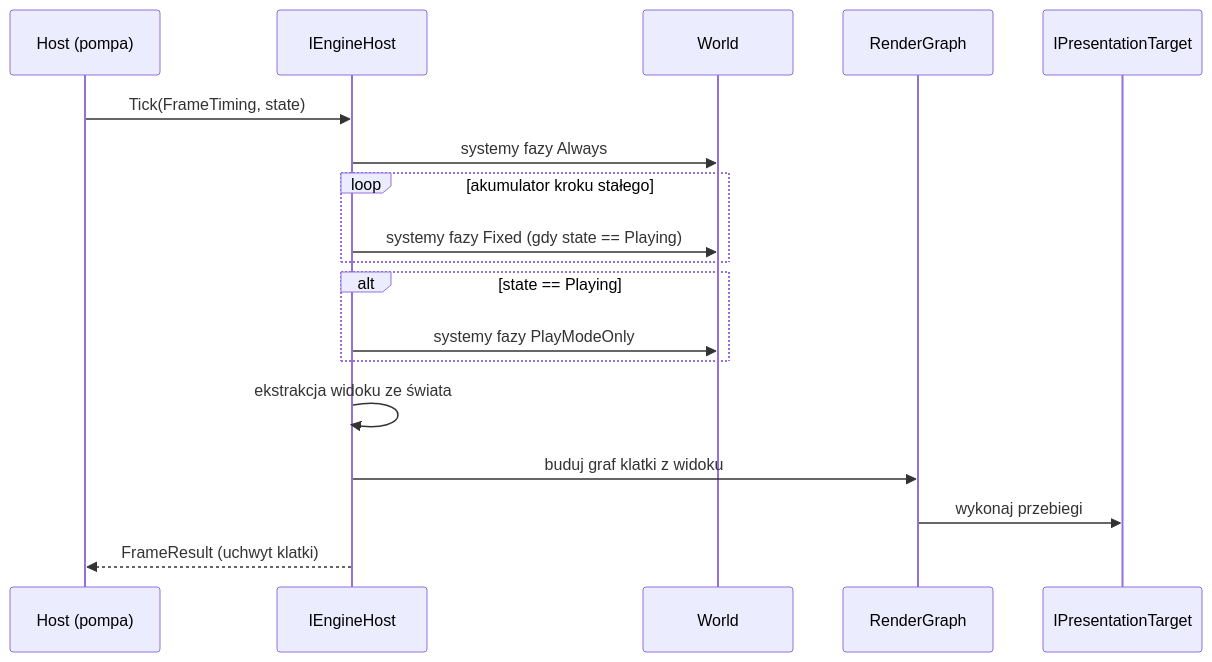
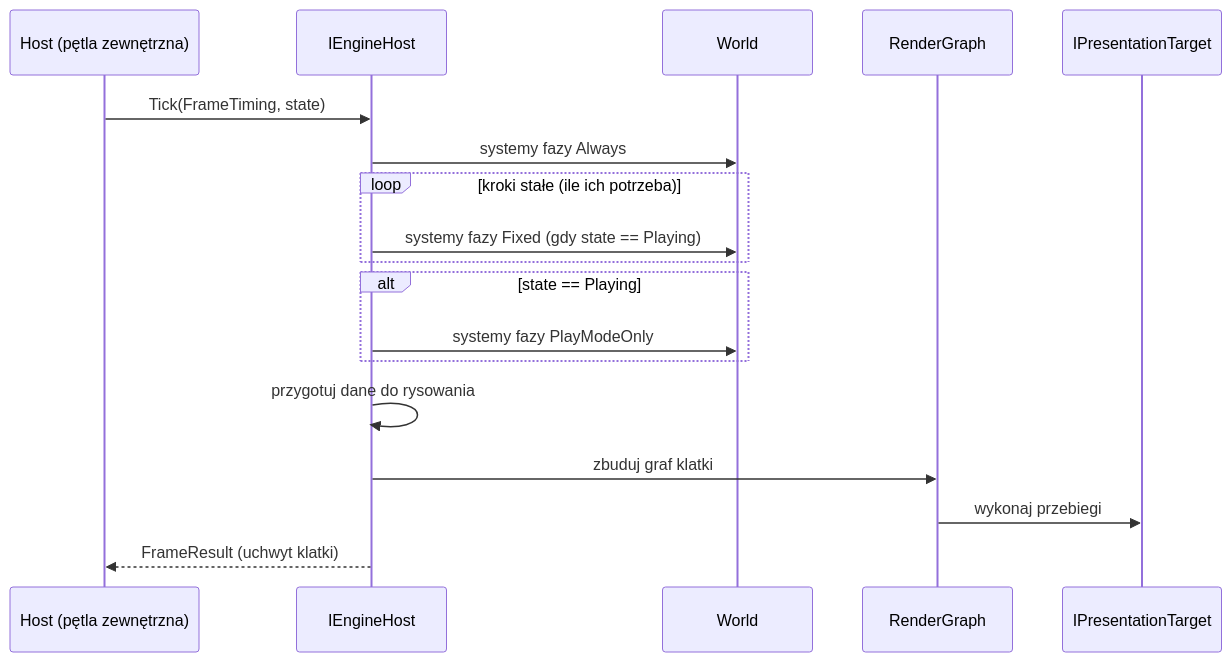
One commit to eXoz00rd/HEngine changed the fourth of 10 diagrams in docs/TARGET_ARCHITECTURE.md. Above: the diagram before and after it, drawn with Mermaid. The commit also changed other lines of this file and 1 other file, not shown here.

First line of the commit message:
Write the Polish architecture doc in Polish, not translated

````diff
--- a/docs/TARGET_ARCHITECTURE.md
+++ b/docs/TARGET_ARCHITECTURE.md
@@ -288,21 +343,21 @@
 ```mermaid
 sequenceDiagram
-    participant H as Host (pompa)
+    participant H as Host (pętla zewnętrzna)
     participant E as IEngineHost
     participant W as World
     participant R as RenderGraph
     participant P as IPresentationTarget
 
     H->>E: Tick(FrameTiming, state)
     E->>W: systemy fazy Always
-    loop akumulator kroku stałego
+    loop kroki stałe (ile ich potrzeba)
         E->>W: systemy fazy Fixed (gdy state == Playing)
     end
     alt state == Playing
         E->>W: systemy fazy PlayModeOnly
     end
-    E->>E: ekstrakcja widoku ze świata
-    E->>R: buduj graf klatki z widoku
+    E->>E: przygotuj dane do rysowania
+    E->>R: zbuduj graf klatki
     R->>P: wykonaj przebiegi
     E-->>H: FrameResult (uchwyt klatki)
 ```
````
